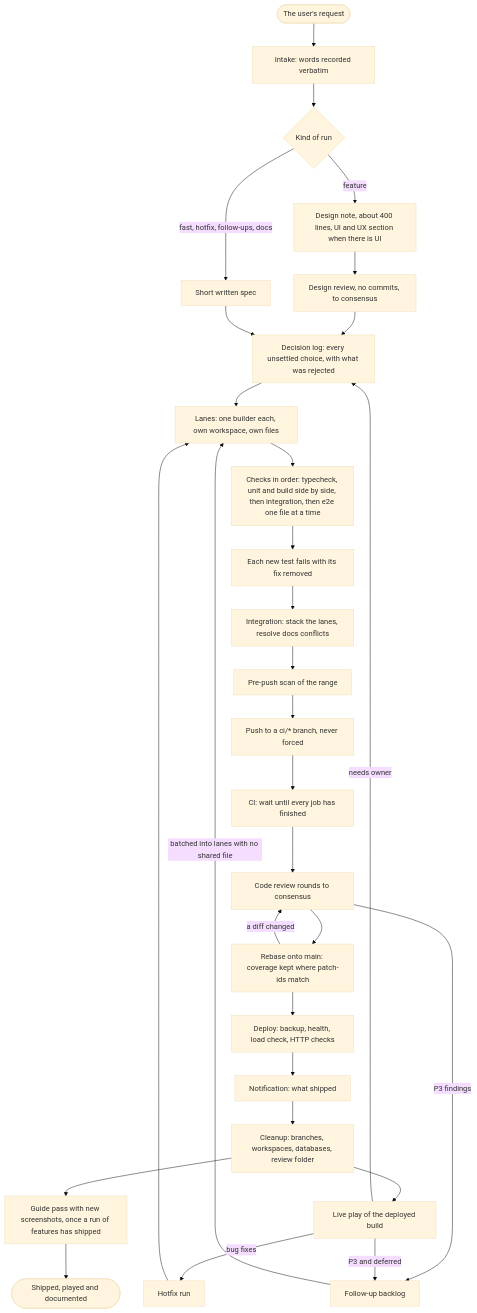
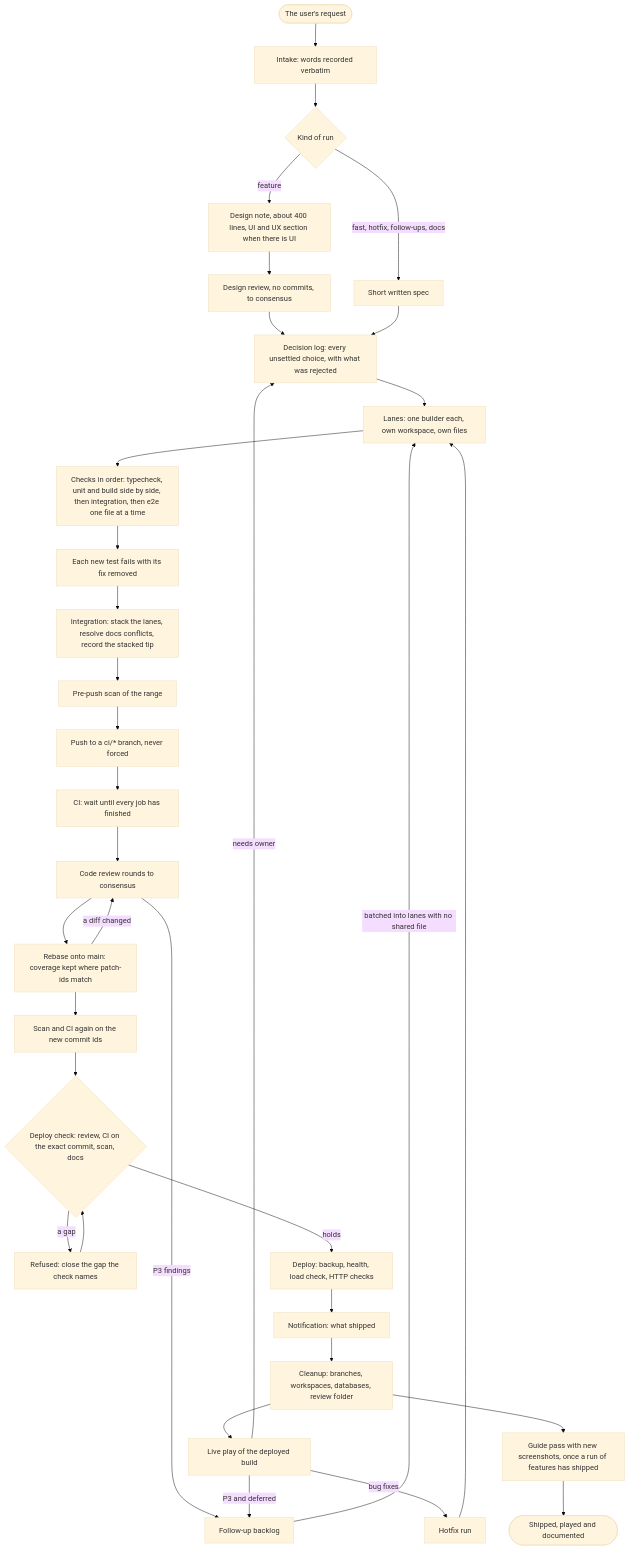
The first of 12 diagrams in docs/diagrams.md (jwhitlow45/agent-pipeline), drawn with Mermaid (base theme) before and after one commit. The commit also changed other lines of this file and 6 other files, not shown here.

Commit message:
docs: say what the gate, ci, scan, rebase, deploy and abandon now do, where gate keys come from, and how PATH can shadow the cli

````diff
--- a/docs/diagrams.md
+++ b/docs/diagrams.md
@@ -7,32 +7,36 @@
 ```mermaid
 flowchart TD
     request(["The user's request"]) --> intake["Intake: words recorded verbatim"]
     intake --> kind{"Kind of run"}
     kind -->|"feature"| note["Design note, about 400 lines, UI and UX section when there is UI"]
     kind -->|"fast, hotfix, follow-ups, docs"| spec["Short written spec"]
     note --> dreview["Design review, no commits, to consensus"]
     dreview --> decisions["Decision log: every unsettled choice, with what was rejected"]
     spec --> decisions
     decisions --> lanes["Lanes: one builder each, own workspace, own files"]
     lanes --> checks["Checks in order: typecheck, unit and build side by side, then integration, then e2e one file at a time"]
     checks --> mutation["Each new test fails with its fix removed"]
-    mutation --> integrate["Integration: stack the lanes, resolve docs conflicts"]
+    mutation --> integrate["Integration: stack the lanes, resolve docs conflicts, record the stacked tip"]
     integrate --> scan["Pre-push scan of the range"]
     scan --> push["Push to a ci/* branch, never forced"]
     push --> ci["CI: wait until every job has finished"]
     ci --> creview["Code review rounds to consensus"]
     creview --> rebase["Rebase onto main: coverage kept where patch-ids match"]
     rebase -->|"a diff changed"| creview
-    rebase --> deploy["Deploy: backup, health, load check, HTTP checks"]
+    rebase --> again["Scan and CI again on the new commit ids"]
+    again --> gate{"Deploy check: review, CI on the exact commit, scan, docs"}
+    gate -->|"a gap"| close["Refused: close the gap the check names"]
+    close --> gate
+    gate -->|"holds"| deploy["Deploy: backup, health, load check, HTTP checks"]
     deploy --> notify["Notification: what shipped"]
     notify --> cleanup["Cleanup: branches, workspaces, databases, review folder"]
     cleanup --> play["Live play of the deployed build"]
     play -->|"bug fixes"| hotfix["Hotfix run"]
     hotfix --> lanes
     play -->|"needs owner"| decisions
     creview -->|"P3 findings"| backlog["Follow-up backlog"]
     play -->|"P3 and deferred"| backlog
     backlog -->|"batched into lanes with no shared file"| lanes
     cleanup --> docs["Guide pass with new screenshots, once a run of features has shipped"]
     docs --> done(["Shipped, played and documented"])
 ```
````
